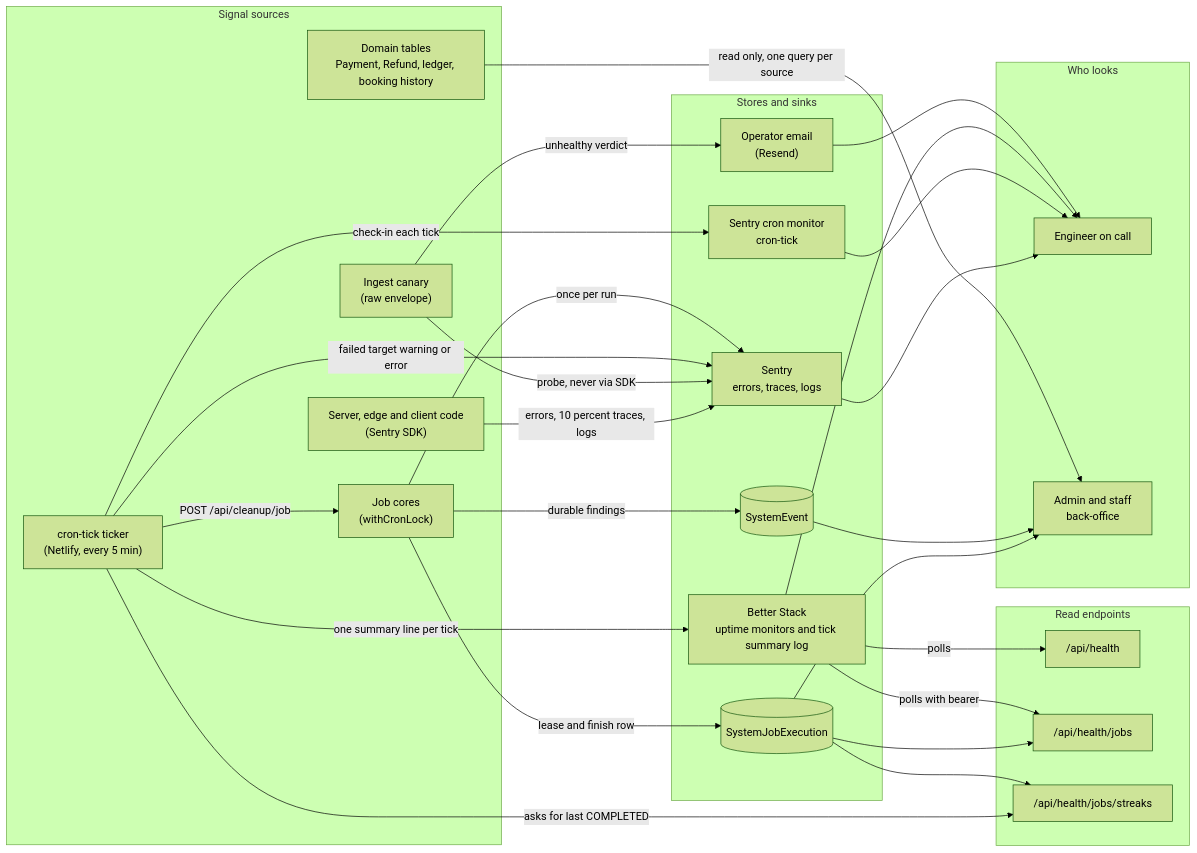
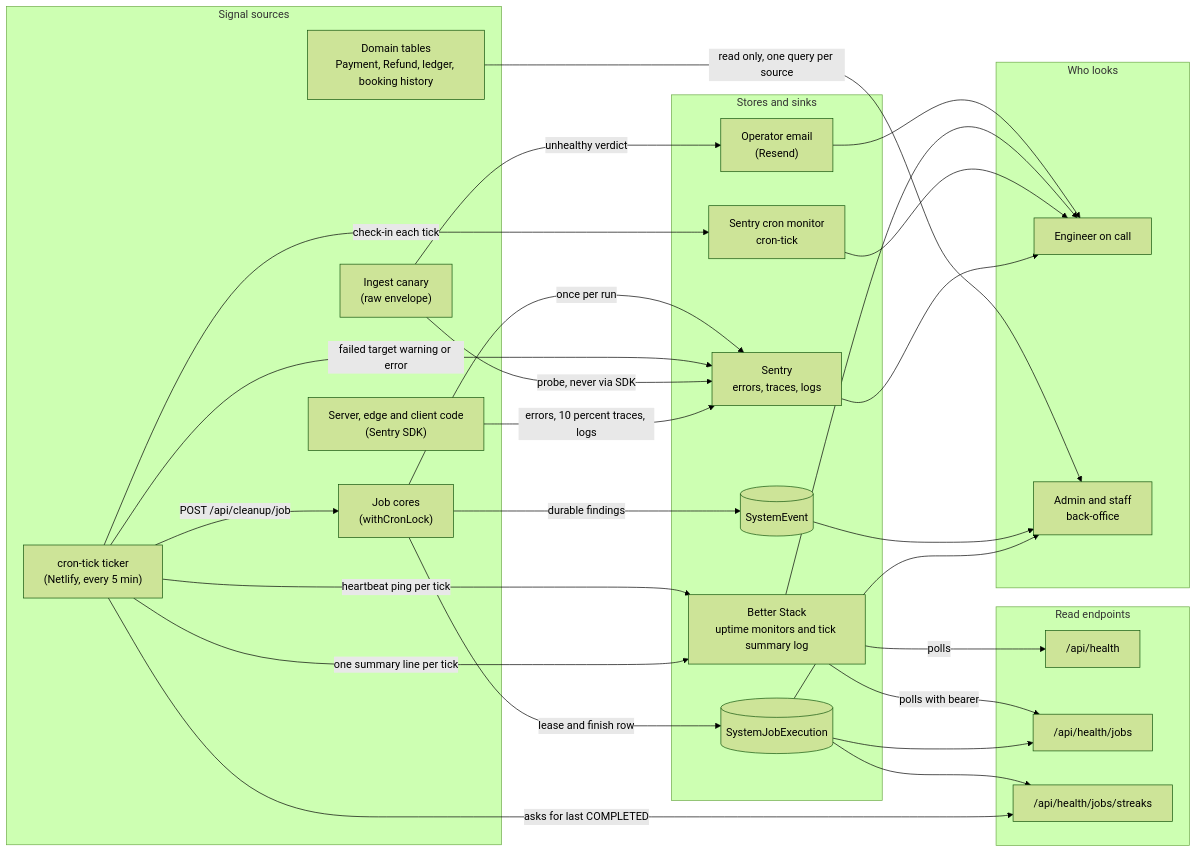
One commit to Practitionist/familiarise_web changed the diagram in docs/observability/00-system-design.md. Above: the diagram before and after it, drawn with Mermaid (forest theme). The commit also changed other lines of this file and 91 other files, not shown here.

````diff
--- a/docs/observability/00-system-design.md
+++ b/docs/observability/00-system-design.md
@@ -28,53 +28,54 @@
 ```mermaid
 flowchart LR
     subgraph Sources["Signal sources"]
         APP["Server, edge and client code<br/>(Sentry SDK)"]
         CANARY["Ingest canary<br/>(raw envelope)"]
         TICK["cron-tick ticker<br/>(Netlify, every 5 min)"]
         JOBS["Job cores<br/>(withCronLock)"]
         DOMAIN["Domain tables<br/>Payment, Refund, ledger, booking history"]
     end
 
     subgraph Stores["Stores and sinks"]
         SENTRY["Sentry<br/>errors, traces, logs"]
         MONITOR["Sentry cron monitor<br/>cron-tick"]
         BS["Better Stack<br/>uptime monitors and tick summary log"]
         SJE[("SystemJobExecution")]
         SE[("SystemEvent")]
         MAIL["Operator email<br/>(Resend)"]
     end
 
     subgraph Probes["Read endpoints"]
         H1["/api/health"]
         H2["/api/health/jobs"]
         H3["/api/health/jobs/streaks"]
     end
 
     subgraph Humans["Who looks"]
         ENG["Engineer on call"]
         OPS["Admin and staff<br/>back-office"]
     end
 
     APP -->|errors, 10 percent traces, logs| SENTRY
     CANARY -->|probe, never via SDK| SENTRY
     CANARY -->|unhealthy verdict| MAIL
     TICK -->|check-in each tick| MONITOR
     TICK -->|one summary line per tick| BS
+    TICK -->|heartbeat ping per tick| BS
     TICK -->|failed target warning or error| SENTRY
     TICK -->|asks for last COMPLETED| H3
     TICK -->|POST /api/cleanup/job| JOBS
     JOBS -->|lease and finish row| SJE
     JOBS -->|durable findings| SE
     JOBS -->|once per run| SENTRY
     SJE --> H2
     SJE --> H3
     BS -->|polls| H1
     BS -->|polls with bearer| H2
     SENTRY --> ENG
     MONITOR --> ENG
     BS --> ENG
     MAIL --> ENG
     SJE --> OPS
     SE --> OPS
     DOMAIN -->|read only, one query per source| OPS
 ```
````
